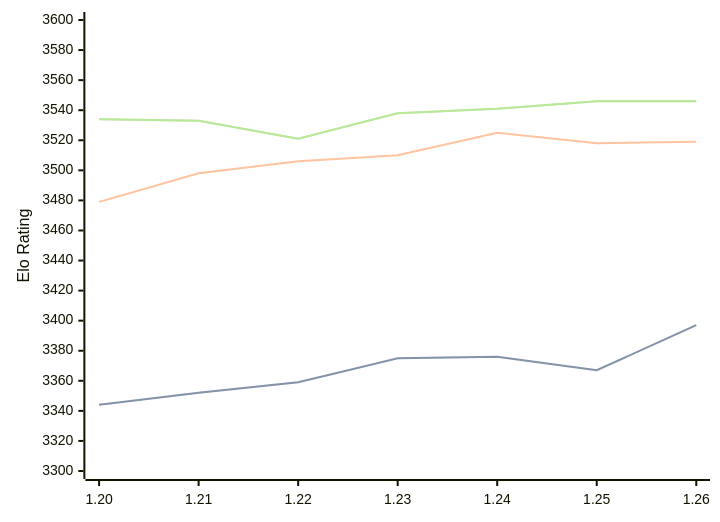
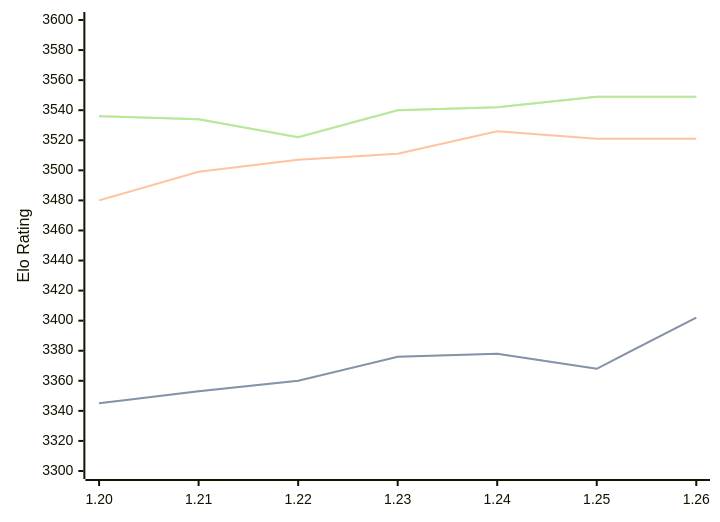
One commit to computer-chess-index/cci changed the diagram in engines/Caissa.md. Above: the diagram before and after it, drawn with Mermaid. The commit also changed other lines of this file, not shown here.

Commit message:
Update CCI Ratings (ELO VLTC) - 2026-08-15

````diff
--- a/engines/Caissa.md
+++ b/engines/Caissa.md
@@ -37,11 +37,11 @@
 ```mermaid
 %%{init: {"theme":"base","themeVariables":{"seriesColors:['#a3a3a3','#222221','#faa371']}}}%%
 xychart-beta
   x-axis ["1.20", "1.21", "1.22", "1.23", "1.24", "1.25", "1.26"]
   y-axis "Elo Rating" 3300 --> 3600
-  line "STC (8.0+0.08s)" [3344, 3352, 3359, 3375, 3376, 3367, 3397]
-  line "STC (8.0+0.08s)" [3344, 3352, 3359, 3375, 3376, 3367, 3397]
-  line "LTC (60.0+0.60s)" [3479, 3498, 3506, 3510, 3525, 3518, 3519]
-  line "VLTC (2m24s+1.12s)" [3534, 3533, 3521, 3538, 3541, 3546, 3546]
-  line "VLTC (2m24s+1.12s)" [3534, 3533, 3521, 3538, 3541, 3546, 3546]
+  line "STC (8.0+0.08s)" [3345, 3353, 3360, 3376, 3378, 3368, 3402]
+  line "STC (8.0+0.08s)" [3345, 3353, 3360, 3376, 3378, 3368, 3402]
+  line "LTC (60.0+0.60s)" [3480, 3499, 3507, 3511, 3526, 3521, 3521]
+  line "VLTC (2m24s+1.12s)" [3536, 3534, 3522, 3540, 3542, 3549, 3549]
+  line "VLTC (2m24s+1.12s)" [3536, 3534, 3522, 3540, 3542, 3549, 3549]
 ```
````
